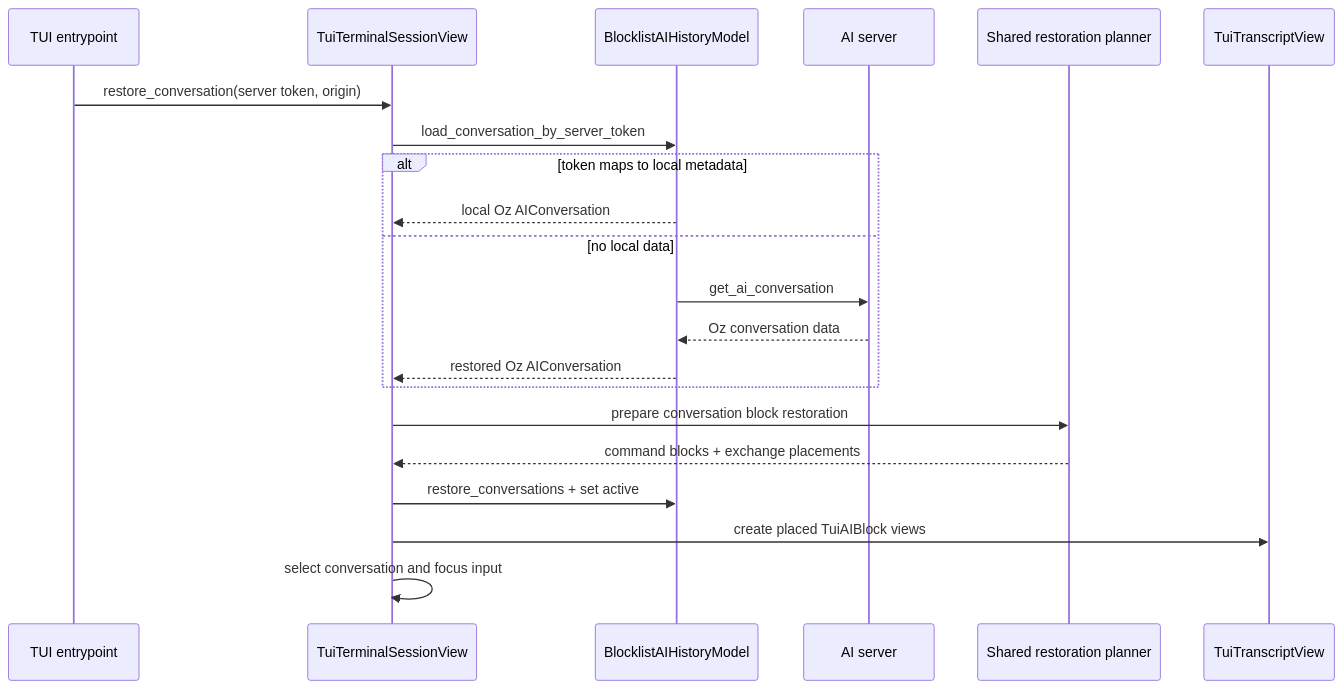
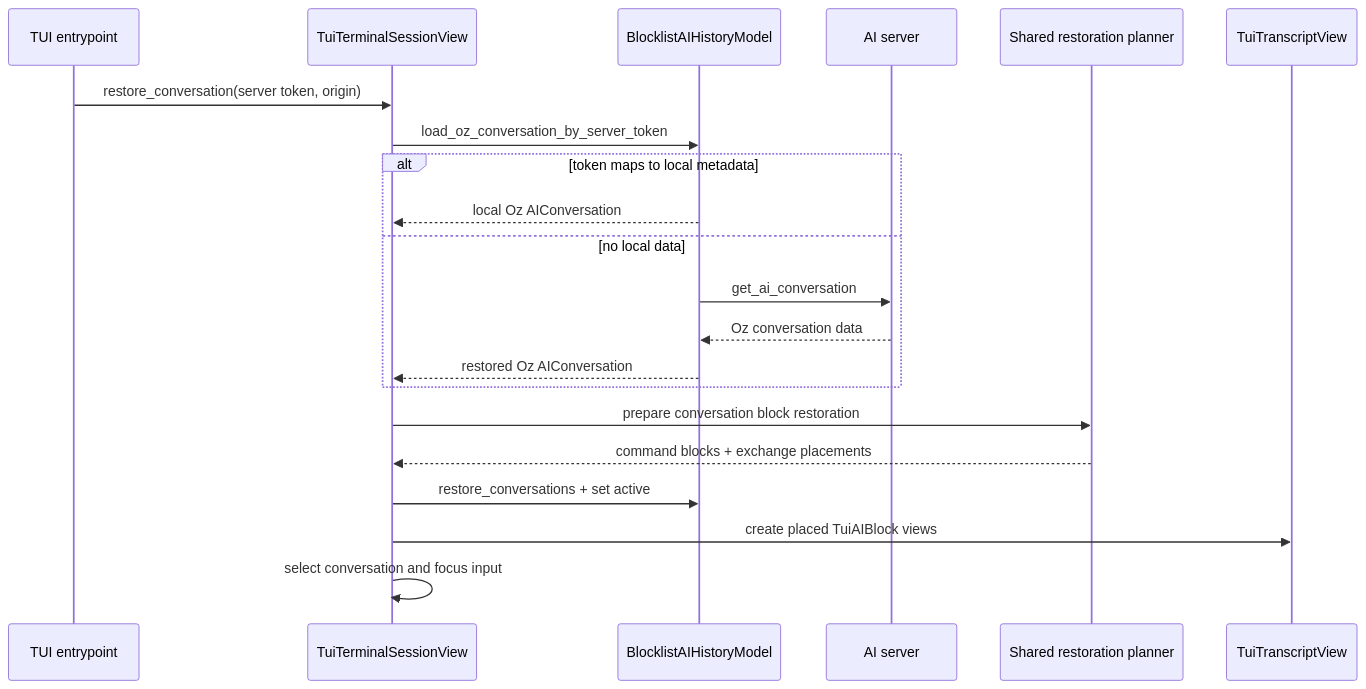
One commit to warpdotdev/warp changed the diagram in specs/CODE-1820/TECH.md. Above: the diagram before and after it, drawn with Mermaid. The commit also changed other lines of this file and 24 other files, not shown here.

````diff
--- a/specs/CODE-1820/TECH.md
+++ b/specs/CODE-1820/TECH.md
@@ -26,24 +26,24 @@
 ```mermaid
 sequenceDiagram
   participant CLI as TUI entrypoint
   participant Surface as TuiTerminalSessionView
   participant History as BlocklistAIHistoryModel
   participant Server as AI server
   participant Plan as Shared restoration planner
   participant Transcript as TuiTranscriptView
 
   CLI->>Surface: restore_conversation(server token, origin)
-  Surface->>History: load_conversation_by_server_token
+  Surface->>History: load_oz_conversation_by_server_token
   alt token maps to local metadata
     History-->>Surface: local Oz AIConversation
   else no local data
     History->>Server: get_ai_conversation
     Server-->>History: Oz conversation data
     History-->>Surface: restored Oz AIConversation
   end
   Surface->>Plan: prepare conversation block restoration
   Plan-->>Surface: command blocks + exchange placements
   Surface->>History: restore_conversations + set active
   Surface->>Transcript: create placed TuiAIBlock views
   Surface->>Surface: select conversation and focus input
 ```
````
